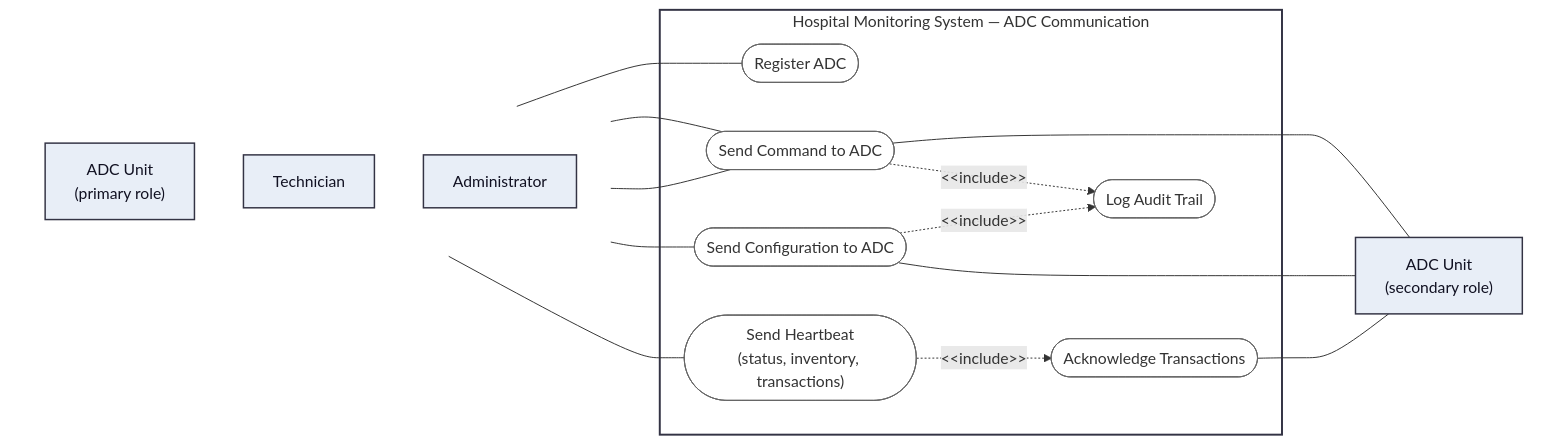
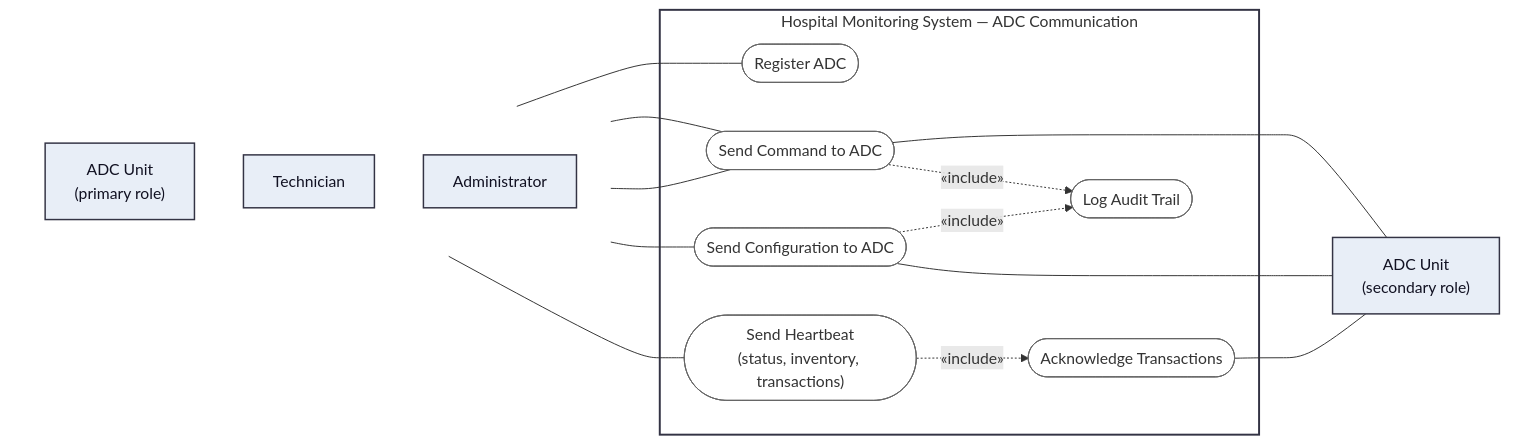
One commit to LukaMrt/3K04-project changed the second of 6 diagrams in docs/part-b/diagrams/use-case-diagram.md. Above: the diagram before and after it, drawn with Mermaid. The commit also changed other lines of this file, not shown here.

````diff
--- a/docs/part-b/diagrams/use-case-diagram.md
+++ b/docs/part-b/diagrams/use-case-diagram.md
@@ -66,44 +66,44 @@
 ```mermaid
 flowchart LR
     subgraph Primary[" "]
         direction TB
         ADC["ADC Unit<br/>(primary role)"]
         Technician["Technician"]
         Admin["Administrator"]
     end
 
     subgraph MS["Hospital Monitoring System — ADC Communication"]
         RegisterADC(["Register ADC"])
         Heartbeat(["Send Heartbeat<br/>(status, inventory, transactions)"])
         AckEvent(["Acknowledge Transactions"])
         SendCmd(["Send Command to ADC"])
         SendConfig(["Send Configuration to ADC"])
         AuditLog(["Log Audit Trail"])
     end
 
     subgraph Secondary[" "]
         ADC2["ADC Unit<br/>(secondary role)"]
     end
 
     ADC --- RegisterADC
     ADC --- Heartbeat
     Technician --- SendCmd
     Admin --- SendCmd
     Admin --- SendConfig
 
     SendCmd --- ADC2
     SendConfig --- ADC2
     AckEvent --- ADC2
 
-    Heartbeat -. "&lt;&lt;include&gt;&gt;" .-> AckEvent
-    SendCmd -. "&lt;&lt;include&gt;&gt;" .-> AuditLog
-    SendConfig -. "&lt;&lt;include&gt;&gt;" .-> AuditLog
+    Heartbeat -. "«include»" .-> AckEvent
+    SendCmd -. "«include»" .-> AuditLog
+    SendConfig -. "«include»" .-> AuditLog
 
     classDef actor fill:#e8eef7,stroke:#334,stroke-width:1.5px,color:#112;
     classDef usecase fill:#fff,stroke:#666,stroke-width:1px;
     class ADC,ADC2,Technician,Admin actor;
     class RegisterADC,Heartbeat,AckEvent,SendCmd,SendConfig,AuditLog usecase;
     style Primary fill:none,stroke:none;
     style Secondary fill:none,stroke:none;
     style MS fill:none,stroke:#334,stroke-width:2px;
 ```
````
